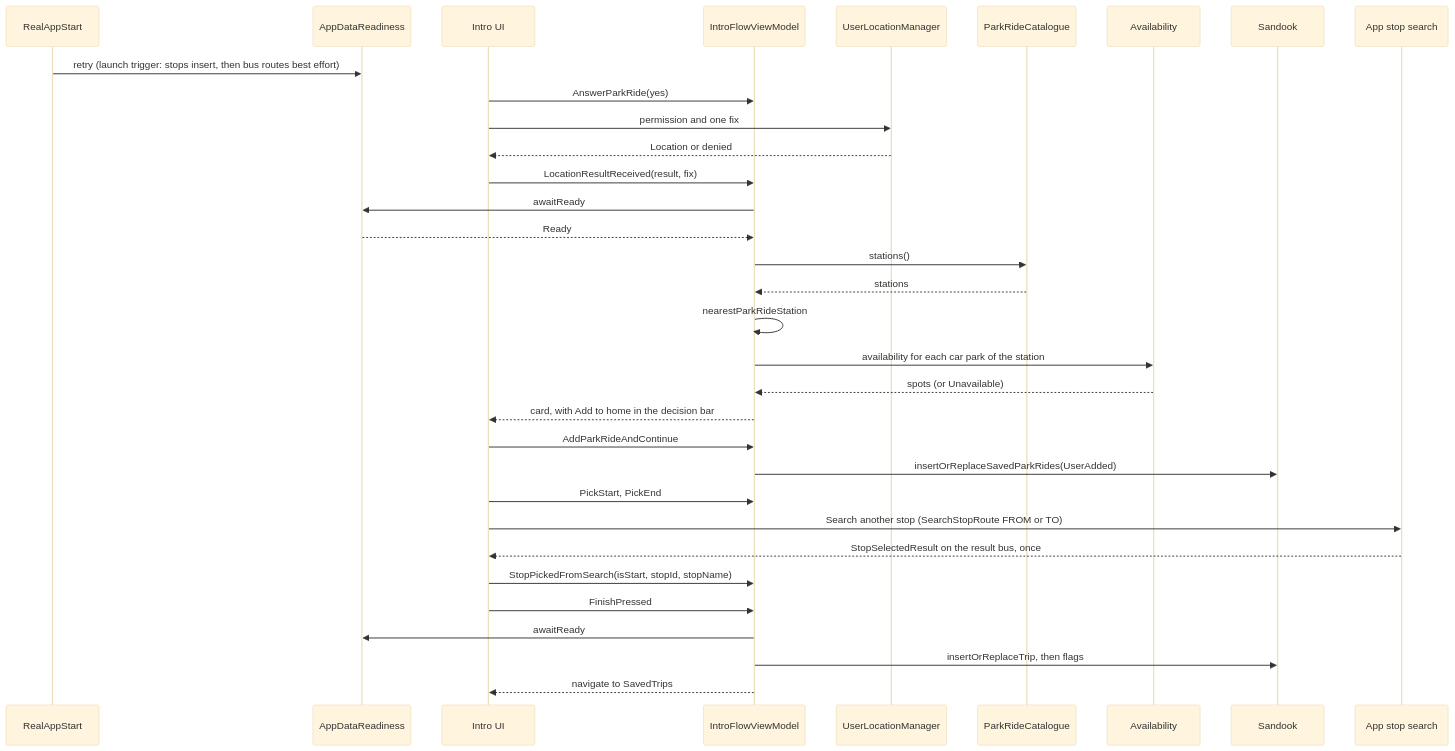
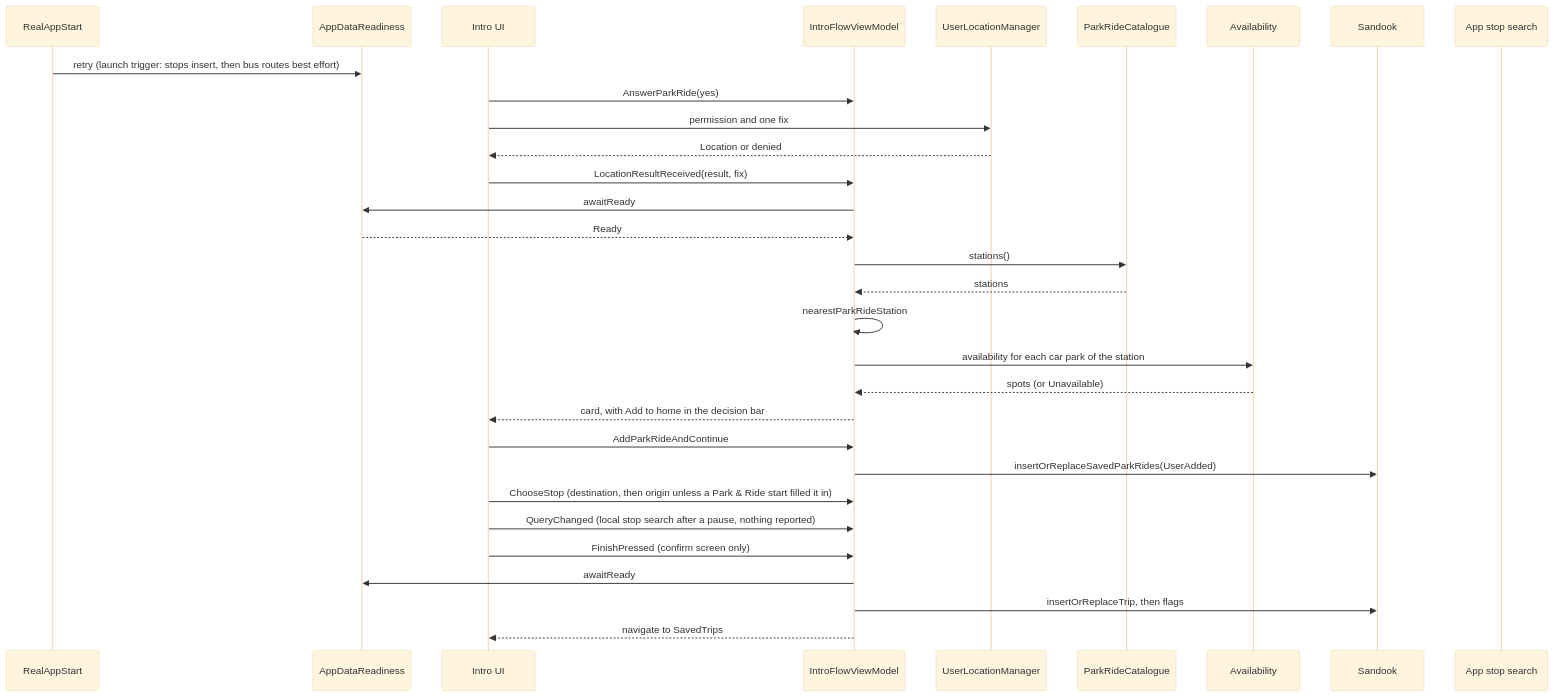
The second of 2 diagrams in docs/features/intro/ERD.md (ksharma-xyz/KRAIL), drawn with Mermaid (base theme) before and after one commit. The commit also changed other lines of this file and 28 other files, not shown here.

First line of the commit message:
Add the confirm screen and finish only from it

````diff
--- a/docs/features/intro/ERD.md
+++ b/docs/features/intro/ERD.md
@@ -508,35 +528,33 @@
 ```mermaid
 sequenceDiagram
     participant App as RealAppStart
     participant R as AppDataReadiness
     participant UI as Intro UI
     participant VM as IntroFlowViewModel
     participant L as UserLocationManager
     participant C as ParkRideCatalogue
     participant A as Availability
     participant DB as Sandook
     participant S as App stop search
     App->>R: retry (launch trigger: stops insert, then bus routes best effort)
     UI->>VM: AnswerParkRide(yes)
     UI->>L: permission and one fix
     L-->>UI: Location or denied
     UI->>VM: LocationResultReceived(result, fix)
     VM->>R: awaitReady
     R-->>VM: Ready
     VM->>C: stations()
     C-->>VM: stations
     VM->>VM: nearestParkRideStation
     VM->>A: availability for each car park of the station
     A-->>VM: spots (or Unavailable)
     VM-->>UI: card, with Add to home in the decision bar
     UI->>VM: AddParkRideAndContinue
     VM->>DB: insertOrReplaceSavedParkRides(UserAdded)
-    UI->>VM: PickStart, PickEnd
-    UI->>S: Search another stop (SearchStopRoute FROM or TO)
-    S-->>UI: StopSelectedResult on the result bus, once
-    UI->>VM: StopPickedFromSearch(isStart, stopId, stopName)
-    UI->>VM: FinishPressed
+    UI->>VM: ChooseStop (destination, then origin unless a Park & Ride start filled it in)
+    UI->>VM: QueryChanged (local stop search after a pause, nothing reported)
+    UI->>VM: FinishPressed (confirm screen only)
     VM->>R: awaitReady
     VM->>DB: insertOrReplaceTrip, then flags
     VM-->>UI: navigate to SavedTrips
 ```
````
